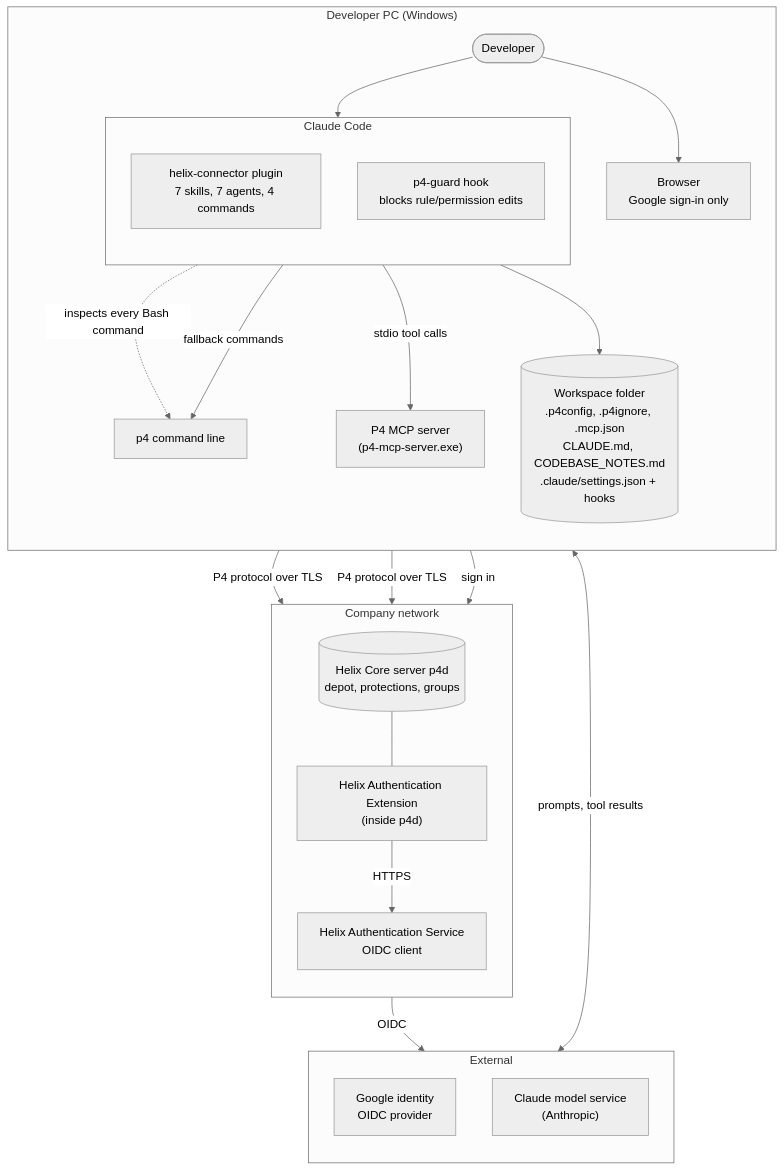
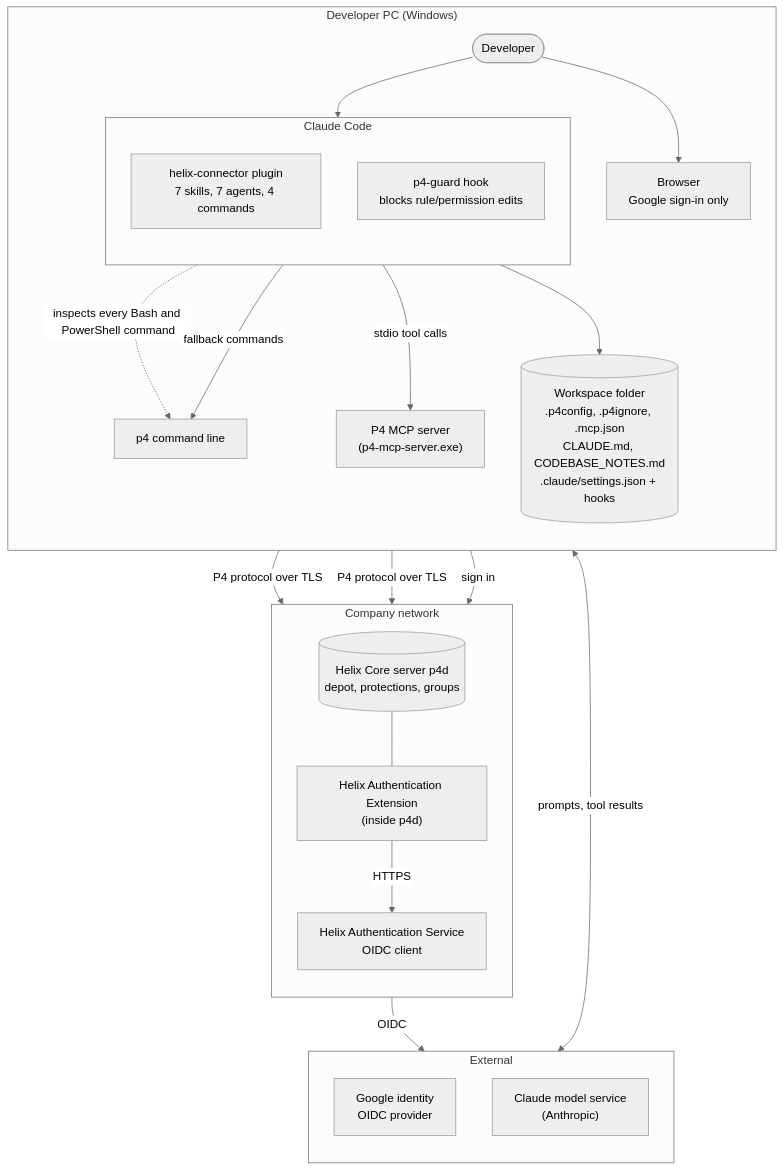
Before and after one commit to arizlan17/claude-helix-connector: the first of 6 diagrams in docs/existing-workspace/01-system-boundary-and-integration.md, drawn with Mermaid (neutral theme). The commit also changed 10 other files, not shown here.

````diff
--- a/docs/existing-workspace/01-system-boundary-and-integration.md
+++ b/docs/existing-workspace/01-system-boundary-and-integration.md
@@ -9,43 +9,43 @@
 ```mermaid
 flowchart TB
     subgraph PC["Developer PC (Windows)"]
         direction TB
         DEV(["Developer"])
         BR["Browser<br/>Google sign-in only"]
         subgraph CC["Claude Code"]
             direction TB
             PLUG["helix-connector plugin<br/>7 skills, 7 agents, 4 commands"]
             HOOK["p4-guard hook<br/>blocks rule/permission edits"]
         end
         MCP["P4 MCP server<br/>(p4-mcp-server.exe)"]
         CLI["p4 command line"]
         WS[("Workspace folder<br/>.p4config, .p4ignore, .mcp.json<br/>CLAUDE.md, CODEBASE_NOTES.md<br/>.claude/settings.json + hooks")]
     end
 
     subgraph NET["Company network"]
         direction TB
         P4D[("Helix Core server p4d<br/>depot, protections, groups")]
         EXT["Helix Authentication Extension<br/>(inside p4d)"]
         HAS["Helix Authentication Service<br/>OIDC client"]
     end
 
     subgraph EXTN["External"]
         direction TB
         GOOG["Google identity<br/>OIDC provider"]
         ANTH["Claude model service<br/>(Anthropic)"]
     end
 
     DEV --> CC
     CC <-->|"prompts, tool results"| ANTH
     CC -->|"stdio tool calls"| MCP
     CC -->|"fallback commands"| CLI
     CC --> WS
-    HOOK -.->|"inspects every Bash command"| CLI
+    HOOK -.->|"inspects every Bash and PowerShell command"| CLI
     MCP -->|"P4 protocol over TLS"| P4D
     CLI -->|"P4 protocol over TLS"| P4D
     P4D --- EXT
     EXT -->|"HTTPS"| HAS
     HAS -->|"OIDC"| GOOG
     BR -->|"sign in"| HAS
     DEV --> BR
 ```
````
